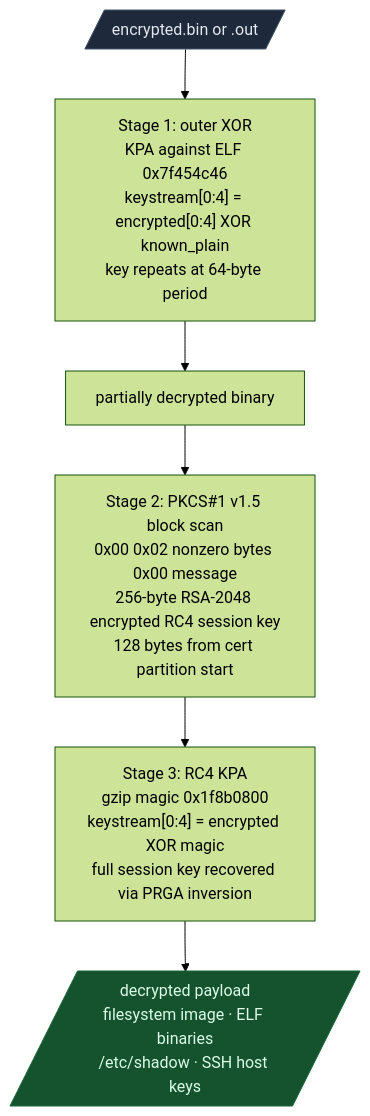
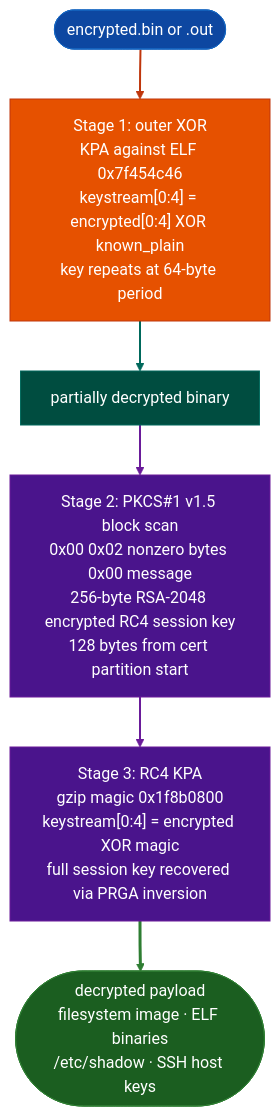
Before and after one commit to Ablation-Tool/ablation: diagram 15 of 22 in docs/overview.md, drawn with Mermaid (forest theme). The commit also changed other lines of this file and 320 other files, not shown here.

First line of the commit message:
docs: apply canonical Mermaid template to all 321 diagrams

````diff
--- a/docs/overview.md
+++ b/docs/overview.md
@@ -356,11 +466,19 @@
 ```mermaid
 flowchart TD
-    A[/"encrypted.bin or .out"/] --> B["Stage 1: outer XOR\nKPA against ELF 0x7f454c46\nkeystream[0:4] = encrypted[0:4] XOR known_plain\nkey repeats at 64-byte period"]
-    B --> C["partially decrypted binary"]
-    C --> D["Stage 2: PKCS#1 v1.5 block scan\n0x00 0x02 nonzero bytes 0x00 message\n256-byte RSA-2048 encrypted RC4 session key\n128 bytes from cert partition start"]
-    D --> E["Stage 3: RC4 KPA\ngzip magic 0x1f8b0800\nkeystream[0:4] = encrypted XOR magic\nfull session key recovered via PRGA inversion"]
-    E --> F[/"decrypted payload\nfilesystem image · ELF binaries\n/etc/shadow · SSH host keys"/]
-
-    style A fill:#1e293b,stroke:#475569,color:#e2e8f0
-    style F fill:#14532d,stroke:#166534,color:#dcfce7
+    A(["encrypted.bin or .out"]):::input --> B["Stage 1: outer XOR\nKPA against ELF 0x7f454c46\nkeystream[0:4] = encrypted[0:4] XOR known_plain\nkey repeats at 64-byte period"]:::primary
+    B:::primary --> C["partially decrypted binary"]:::secondary
+    C:::secondary --> D["Stage 2: PKCS#1 v1.5 block scan\n0x00 0x02 nonzero bytes 0x00 message\n256-byte RSA-2048 encrypted RC4 session key\n128 bytes from cert partition start"]:::tertiary
+    D:::tertiary --> E["Stage 3: RC4 KPA\ngzip magic 0x1f8b0800\nkeystream[0:4] = encrypted XOR magic\nfull session key recovered via PRGA inversion"]:::tertiary
+    E:::tertiary --> F(["decrypted payload\nfilesystem image · ELF binaries\n/etc/shadow · SSH host keys"]):::output
+    classDef input     fill:#0d47a1,stroke:#1565c0,color:#fff
+    classDef primary   fill:#e65100,stroke:#bf360c,color:#fff
+    classDef secondary fill:#004d40,stroke:#00695c,color:#fff
+    classDef tertiary  fill:#4a148c,stroke:#6a1b9a,color:#fff
+    classDef neutral   fill:#37474f,stroke:#546e7a,color:#fff
+    classDef output    fill:#1b5e20,stroke:#2e7d32,color:#fff
+    linkStyle 0 stroke:#bf360c,stroke-width:2px
+    linkStyle 1 stroke:#00695c,stroke-width:2px
+    linkStyle 2 stroke:#6a1b9a,stroke-width:2px
+    linkStyle 3 stroke:#6a1b9a,stroke-width:2px
+    linkStyle 4 stroke:#2e7d32,stroke-width:3px
 ```
````
